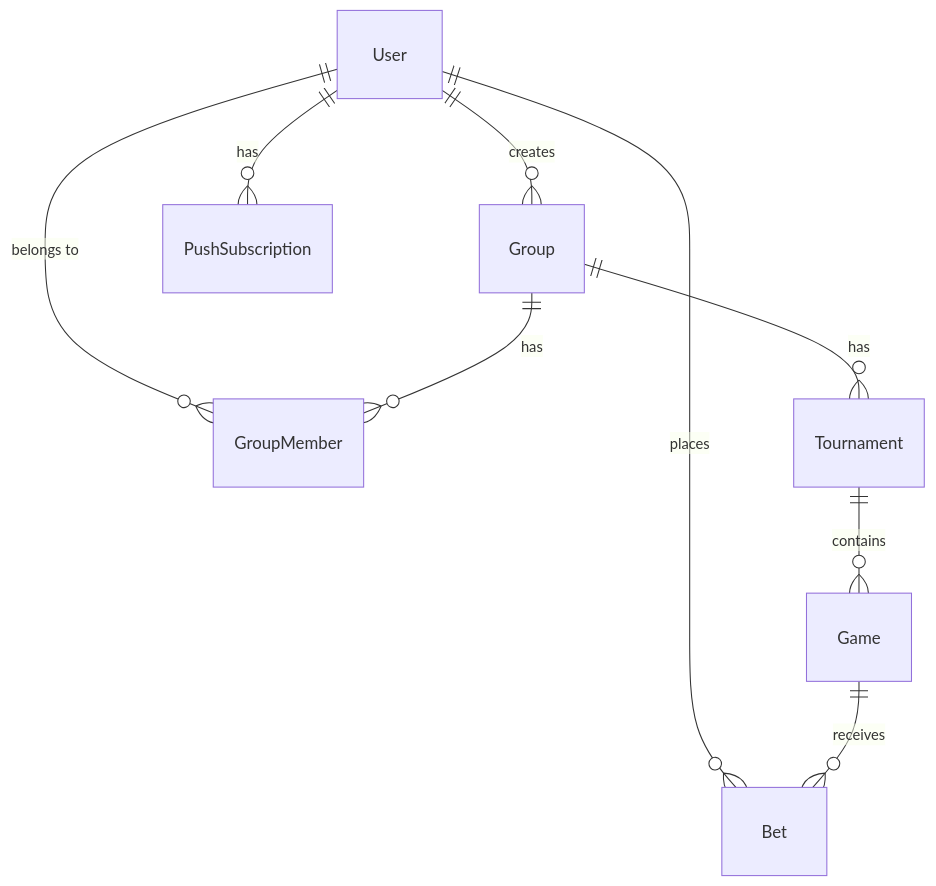
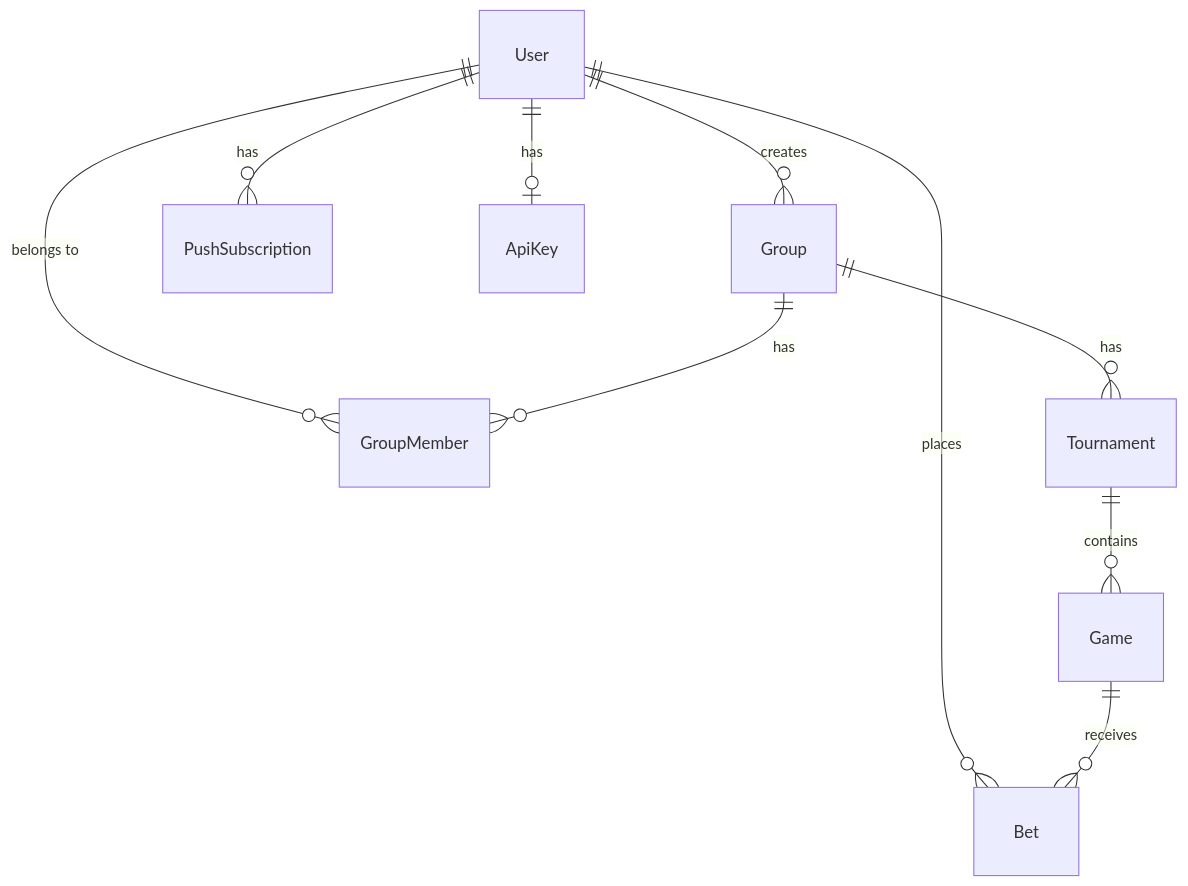
Before and after one commit to altrazmedia/typer-2: the diagram in docs/database-schema.md, drawn with Mermaid. The commit also changed other lines of this file and 24 other files, not shown here.

First line of the commit message:
Enable external API access with API key auth and CORS. (#35)

````diff
--- a/docs/database-schema.md
+++ b/docs/database-schema.md
@@ -116,14 +127,15 @@
 ```mermaid
 erDiagram
     User ||--o{ GroupMember : "belongs to"
     User ||--o{ Bet : "places"
     User ||--o{ Group : "creates"
     User ||--o{ PushSubscription : "has"
+    User ||--o| ApiKey : "has"
 
     Group ||--o{ GroupMember : "has"
     Group ||--o{ Tournament : "has"
 
     Tournament ||--o{ Game : "contains"
 
     Game ||--o{ Bet : "receives"
 ```
````
